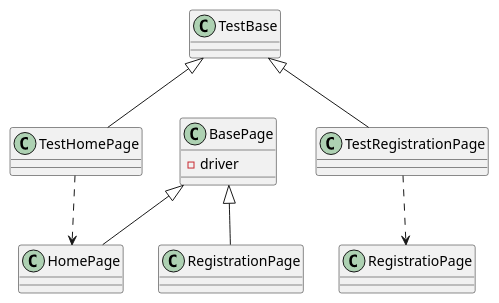
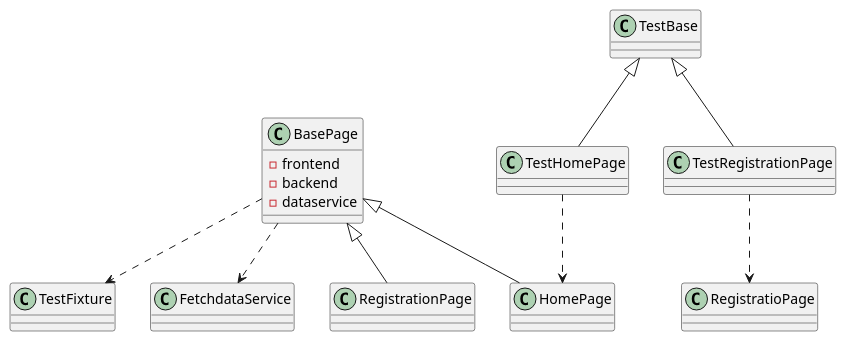
One commit to susmita-t/testautomation changed the diagram in class_diagram.puml. Above: the diagram before and after it, drawn with PlantUML.

Commit message:
added TestFixture and FetchdataService

```diff
--- a/class_diagram.puml
+++ b/class_diagram.puml
@@ -1,19 +1,28 @@
 @startuml
+    class TestFixture
+    class FetchdataService
+    
     class BasePage
-    BasePage : -driver
+        BasePage : -frontend
+        BasePage : -backend
+        BasePage : -dataservice
     class HomePage
     class RegistrationPage
     
     class TestBase
     class TestHomePage
     class TestRegistrationPage
     
     
     BasePage <|-- HomePage
     BasePage <|-- RegistrationPage
     TestBase <|-- TestHomePage
     TestBase <|-- TestRegistrationPage
     
+    BasePage ..> TestFixture
+    BasePage ..> FetchdataService
+    
     TestHomePage ..> HomePage
-    TestRegistrationPage ..> RegistratioPage   
+    TestRegistrationPage ..> RegistratioPage
+    
 @enduml
```
